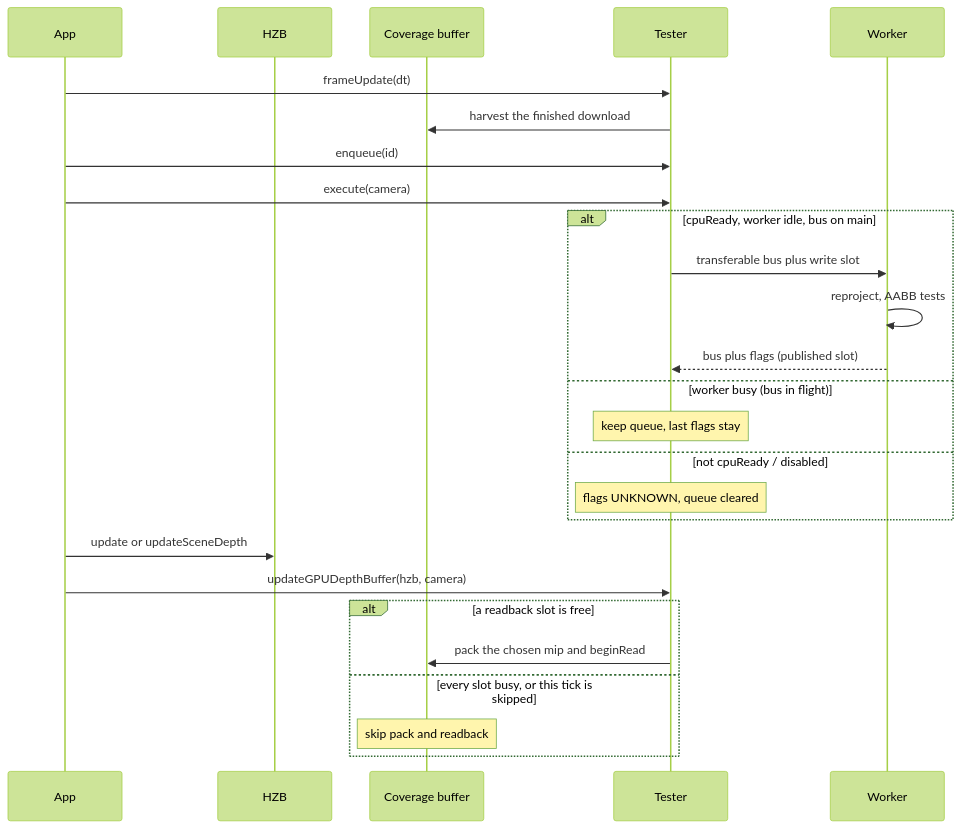
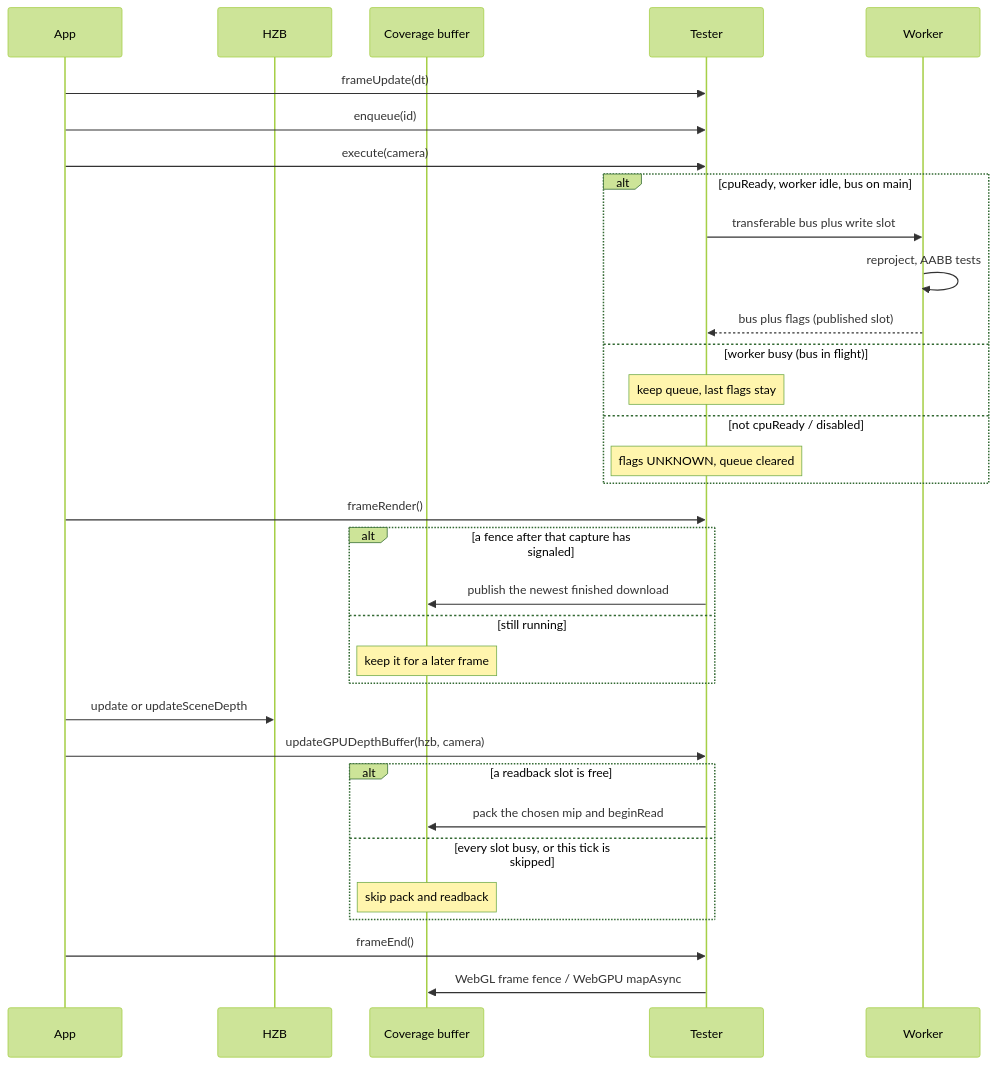
The diagram in docs/occlusion/coverage.md (AlexAPPi/playcanvas-opti-pixel), drawn with Mermaid (forest theme) before and after one commit. The commit also changed other lines of this file and 22 other files, not shown here.

Commit message:
Read occlusion results behind a frame fence

````diff
--- a/docs/occlusion/coverage.md
+++ b/docs/occlusion/coverage.md
@@ -84,29 +94,36 @@
 ```mermaid
 sequenceDiagram
     participant App
     participant HZB
     participant Buffer as Coverage buffer
     participant Tester
     participant Worker
 
     App->>Tester: frameUpdate(dt)
-    Tester->>Buffer: harvest the finished download
     App->>Tester: enqueue(id)
     App->>Tester: execute(camera)
     alt cpuReady, worker idle, bus on main
         Tester->>Worker: transferable bus plus write slot
         Worker->>Worker: reproject, AABB tests
         Worker-->>Tester: bus plus flags (published slot)
     else worker busy (bus in flight)
         Note over Tester: keep queue, last flags stay
     else not cpuReady / disabled
         Note over Tester: flags UNKNOWN, queue cleared
     end
+    App->>Tester: frameRender()
+    alt a fence after that capture has signaled
+        Tester->>Buffer: publish the newest finished download
+    else still running
+        Note over Buffer: keep it for a later frame
+    end
     App->>HZB: update or updateSceneDepth
     App->>Tester: updateGPUDepthBuffer(hzb, camera)
     alt a readback slot is free
         Tester->>Buffer: pack the chosen mip and beginRead
     else every slot busy, or this tick is skipped
         Note over Buffer: skip pack and readback
     end
+    App->>Tester: frameEnd()
+    Tester->>Buffer: WebGL frame fence / WebGPU mapAsync
 ```
````
